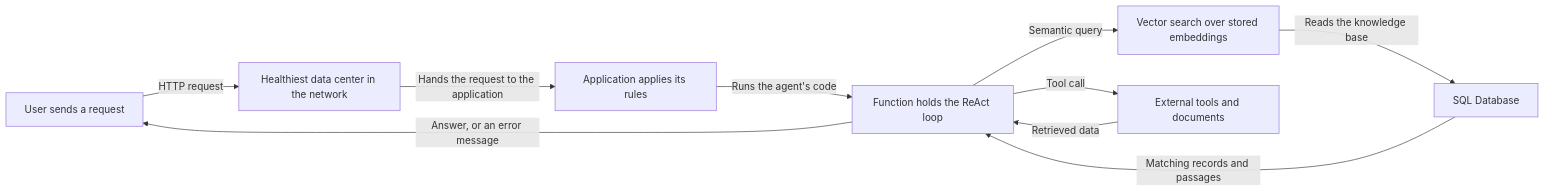
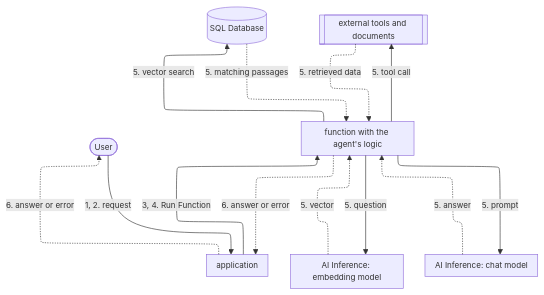
Before and after one commit to aziontech/docs: the second of 2 diagrams in apps/docs/src/content/docs/en/pages/architectures/artificial-intelligence/ai-agent-copilot.mdx, drawn with Mermaid. The commit also changed other lines of this file and 179 other files, not shown here.

Commit message:
docs(diagrams): redraw every other diagram in the use-case diagram style (#2513)

````diff
--- a/apps/docs/src/content/docs/en/pages/architectures/artificial-intelligence/ai-agent-copilot.mdx
+++ b/apps/docs/src/content/docs/en/pages/architectures/artificial-intelligence/ai-agent-copilot.mdx
@@ -36,12 +37,23 @@
 ```mermaid
-flowchart LR
-  User["User sends a request"] -->|"HTTP request"| Node["Healthiest data center in the network"]
-  Node -->|"Hands the request to the application"| App["Application applies its rules"]
-  App -->|"Runs the agent's code"| Fn["Function holds the ReAct loop"]
-  Fn -->|"Semantic query"| Search["Vector search over stored embeddings"]
-  Search -->|"Reads the knowledge base"| DB["SQL Database"]
-  DB -->|"Matching records and passages"| Fn
-  Fn -->|"Tool call"| Tools["External tools and documents"]
-  Tools -->|"Retrieved data"| Fn
-  Fn -->|"Answer, or an error message"| User
+%%{init: {"layout": "elk", "elk": {"cycleBreakingStrategy": "MODEL_ORDER"}, "themeVariables": {"fontSize": "13px"}, "flowchart": {"nodeSpacing": 24, "rankSpacing": 36, "padding": 8, "wrappingWidth": 150, "useMaxWidth": true}, "sequence": {"width": 120, "actorMargin": 30, "useMaxWidth": true}}}%%
+flowchart TD
+  User(["User"])
+  App["application"]
+  Fn["function with the agent's logic"]
+  Embed["AI Inference: embedding model"]
+  DB[("SQL Database")]
+  Tools[["external tools and documents"]]
+  Chat["AI Inference: chat model"]
+  User -->|"1, 2. request"| App
+  App -->|"3, 4. Run Function"| Fn
+  Fn -->|"5. question"| Embed
+  Fn -->|"5. vector search"| DB
+  Fn -->|"5. tool call"| Tools
+  Fn -->|"5. prompt"| Chat
+  Embed -.->|"5. vector"| Fn
+  DB -.->|"5. matching passages"| Fn
+  Tools -.->|"5. retrieved data"| Fn
+  Chat -.->|"5. answer"| Fn
+  Fn -.->|"6. answer or error"| App
+  App -.->|"6. answer or error"| User
 ```
````
